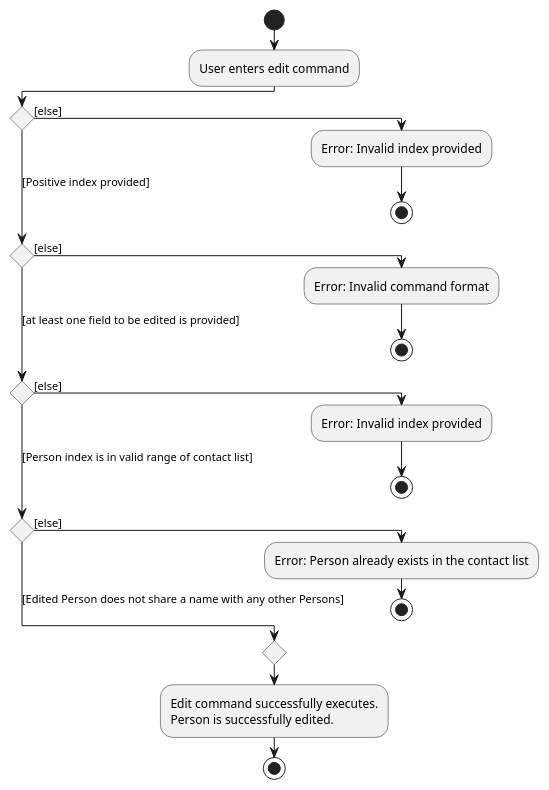
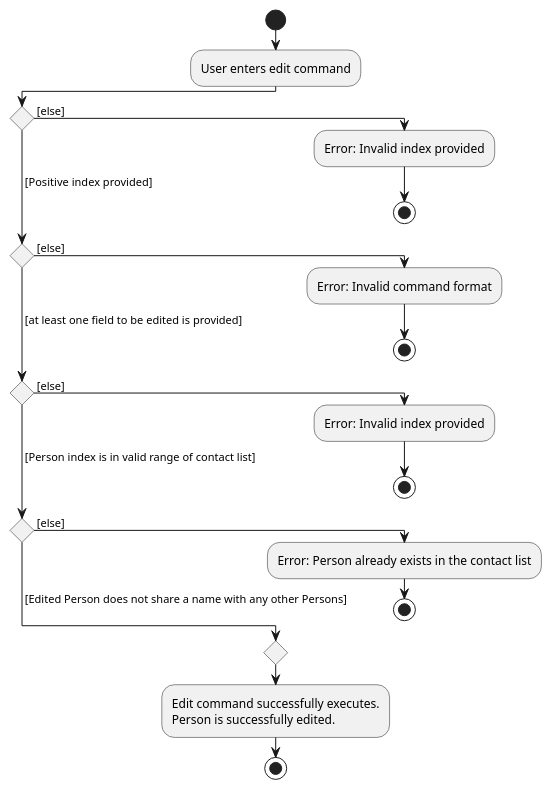
Before and after one commit to nus-cs2103-AY2223S2/tp: the diagram in docs/diagrams/EditCommandActivityDiagram.puml, drawn with PlantUML. The commit also changed 9 other files, not shown here.

```diff
--- a/docs/diagrams/EditCommandActivityDiagram.puml
+++ b/docs/diagrams/EditCommandActivityDiagram.puml
@@ -1,23 +1,23 @@
 @startuml
 !pragma useVerticalIf on
 start
 :User enters edit command;
-if () then ([else])
+if () then ( [else])
   :Error: Invalid index provided;
   stop
-([Positive index provided]) elseif () then ([else])
+( [Positive index provided]) elseif () then ( [else])
   :Error: Invalid command format;
   stop
-([at least one field to be edited is provided]) elseif () then ([else])
+( [at least one field to be edited is provided]) elseif () then ( [else])
   :Error: Invalid index provided;
   stop
-([Person index is in valid range of contact list])elseif () then ([else])
+( [Person index is in valid range of contact list])elseif () then ( [else])
   :Error: Person already exists in the contact list;
    stop
- else ([Edited Person does not share a name with any other Persons])
+ else ( [Edited Person does not share a name with any other Persons])
 endif
   :Edit command successfully executes.
 Person is successfully edited.;
 stop
 
 @enduml
```
